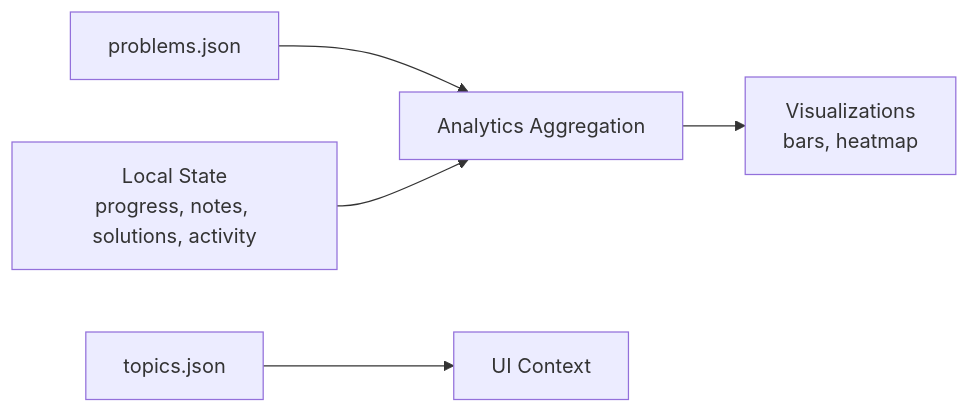
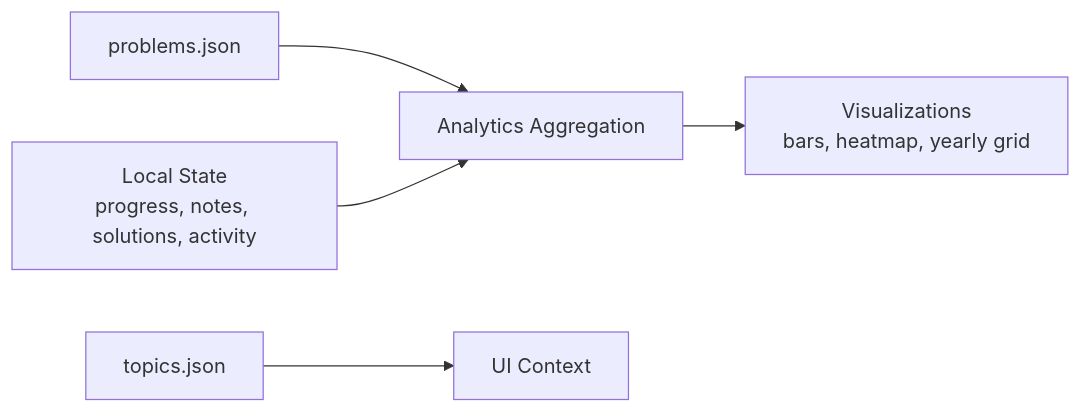
The sixth of 6 diagrams in .qoder/repowiki/en/content/Frontend Application/Analytics Component.md (iamrituraj/DSA-Tracker), drawn with Mermaid before and after one commit. The commit also changed other lines of this file and 42 other files, not shown here.

````diff
--- a/.qoder/repowiki/en/content/Frontend Application/Analytics Component.md
+++ b/.qoder/repowiki/en/content/Frontend Application/Analytics Component.md
@@ -252,7 +287,7 @@
 ```mermaid
 graph LR
 P["problems.json"] --> A["Analytics Aggregation"]
 L["Local State<br/>progress, notes, solutions, activity"] --> A
 T["topics.json"] --> UI["UI Context"]
-A --> V["Visualizations<br/>bars, heatmap"]
+A --> V["Visualizations<br/>bars, heatmap, yearly grid"]
 ```
````
